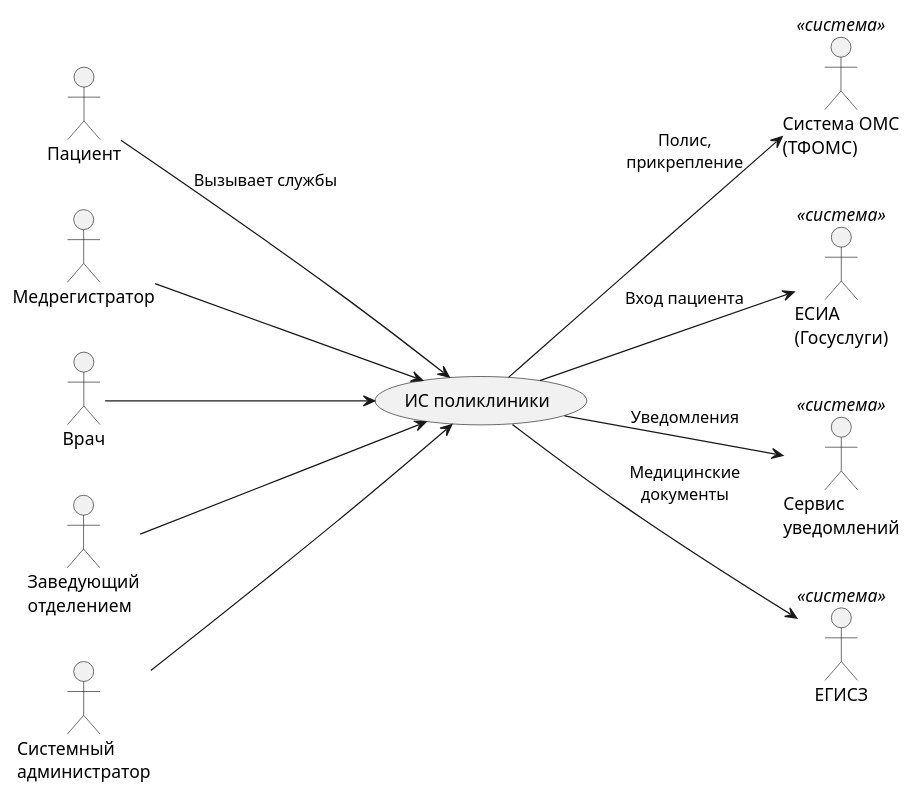
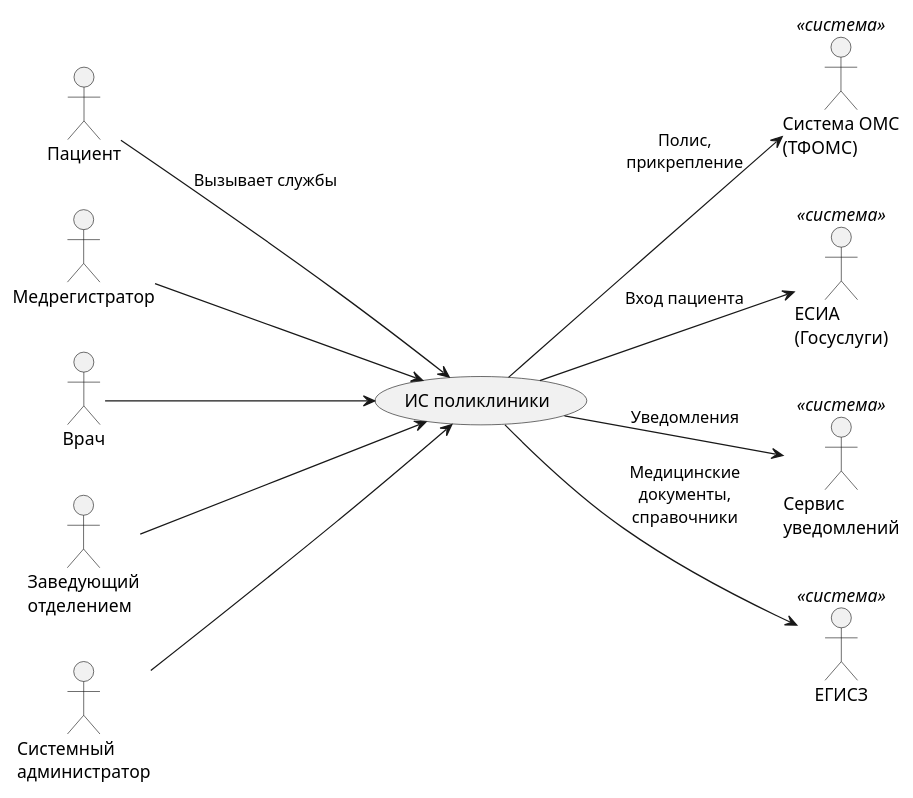
One commit to penamarth/bsbo-11-24_team3_var3_clinic changed the diagram in Видение.md. Above: the diagram before and after it, drawn with PlantUML. The commit also changed other lines of this file and 10 other files, not shown here.

````diff
--- a/Видение.md
+++ b/Видение.md
@@ -63,36 +59,36 @@
 ```plantuml
 @startuml
 
 skinparam packageStyle rect
 left to right direction
 
 together {
 actor Пациент as Patient
 actor Медрегистратор as Registrar
 actor Врач as Doctor
 actor "Заведующий\nотделением" as Head
 actor "Системный\nадминистратор" as Admin
 }
 
 (ИС поликлиники) as IS
 
 Patient --> IS : Вызывает службы
 Registrar --> IS
 Doctor --> IS
 Head --> IS
 Admin --> IS
 
 together {
 actor "Система ОМС\n(ТФОМС)" as OMS <<система>>
 actor "ЕСИА\n(Госуслуги)" as ESIA <<система>>
 actor "Сервис\nуведомлений" as Notify <<система>>
 actor "ЕГИСЗ" as EGISZ <<система>>
 }
 
 IS --> OMS : Полис,\nприкрепление
 IS --> ESIA : Вход пациента
 IS --> Notify : Уведомления
-IS --> EGISZ : Медицинские\nдокументы
+IS --> EGISZ : Медицинские\nдокументы,\nсправочники
 
 @enduml
 ```
````
